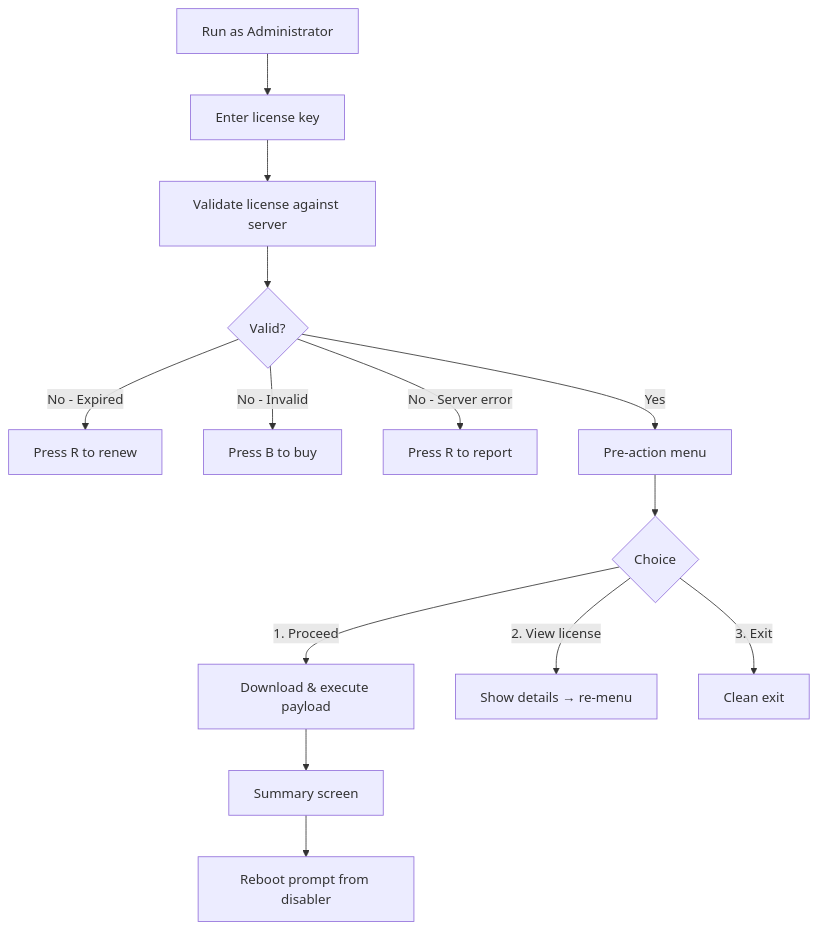
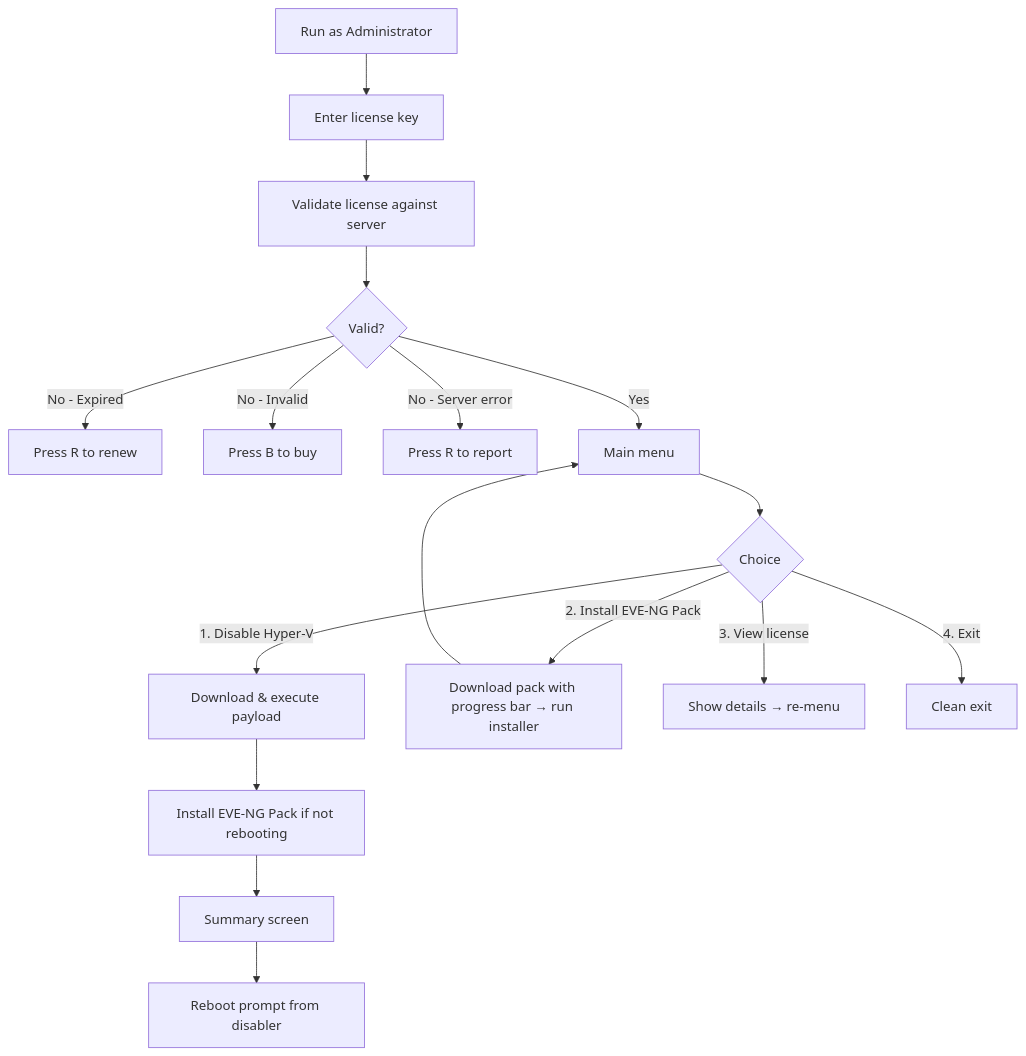
Before and after one commit to VigneshVijayK/Disable-HyperV-EVE-NG: the diagram in README.md, drawn with Mermaid. The commit also changed other lines of this file and 1 other file, not shown here.

````diff
--- a/README.md
+++ b/README.md
@@ -35,16 +37,19 @@
 ```mermaid
 flowchart TD
     A[Run as Administrator] --> B[Enter license key]
     B --> C[Validate license against server]
     C --> D{Valid?}
     D -->|No - Expired| E[Press R to renew]
     D -->|No - Invalid| F[Press B to buy]
     D -->|No - Server error| G[Press R to report]
-    D -->|Yes| H[Pre-action menu]
+    D -->|Yes| H[Main menu]
     H --> I{Choice}
-    I -->|1. Proceed| J[Download & execute payload]
-    I -->|2. View license| K[Show details → re-menu]
-    I -->|3. Exit| L[Clean exit]
-    J --> M[Summary screen]
-    M --> N[Reboot prompt from disabler]
+    I -->|1. Disable Hyper-V| J[Download & execute payload]
+    I -->|2. Install EVE-NG Pack| P[Download pack with progress bar → run installer]
+    I -->|3. View license| K[Show details → re-menu]
+    I -->|4. Exit| L[Clean exit]
+    J --> M[Install EVE-NG Pack if not rebooting]
+    M --> N[Summary screen]
+    P --> H
+    N --> O[Reboot prompt from disabler]
 ```
````
